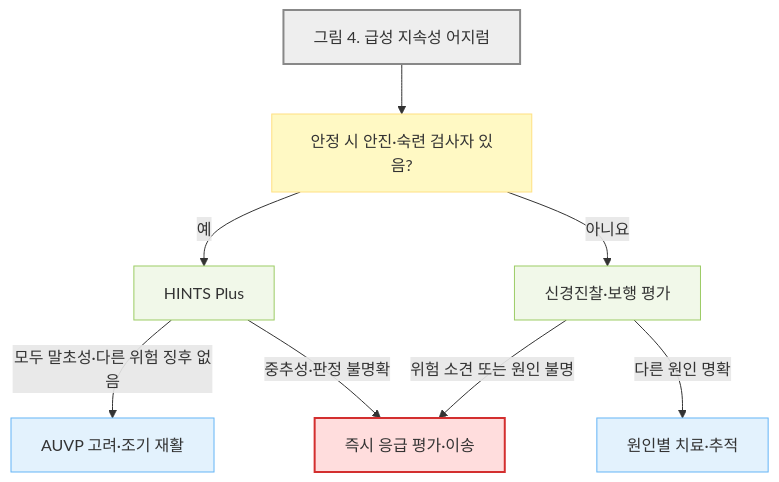
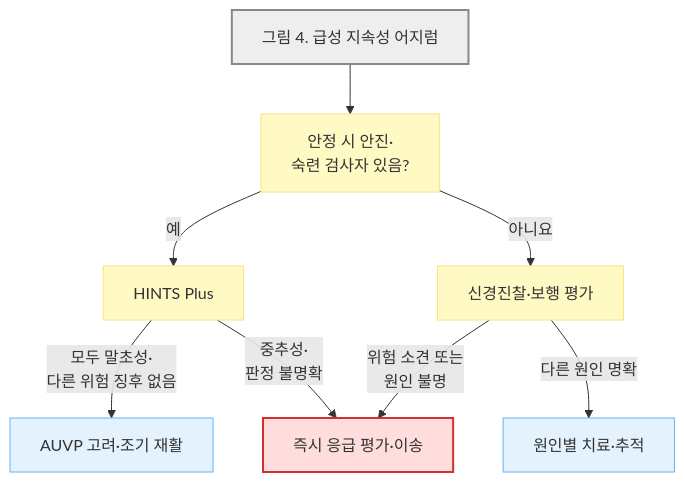
One commit to familyoh77/familyoh77 changed the fourth of 4 diagrams in 221_/020_-dizziness.md. Above: the diagram before and after it, drawn with Mermaid. The commit also changed other lines of this file, not shown here.

````diff
--- a/221_/020_-dizziness.md
+++ b/221_/020_-dizziness.md
@@ -547,21 +553,18 @@
 ```mermaid
 flowchart TD
-    A["그림 4. 급성 지속성 어지럼"] --> E["안정 시 안진·숙련 검사자 있음?"]
+    A["그림 4. 급성 지속성 어지럼"] --> E["안정 시 안진·<br/>숙련 검사자 있음?"]
     E -- "예" --> H["HINTS Plus"]
     E -- "아니요" --> N["신경진찰·보행 평가"]
-    H -- "모두 말초성·다른 위험 징후 없음" --> T["AUVP 고려·조기 재활"]
-    H -- "중추성·판정 불명확" --> U["즉시 응급 평가·이송"]
-    N -- "위험 소견 또는 원인 불명" --> U
+    H -- "모두 말초성·<br/>다른 위험 징후 없음" --> T["AUVP 고려·조기 재활"]
+    H -- "중추성·<br/>판정 불명확" --> U["즉시 응급 평가·이송"]
+    N -- "위험 소견 또는 <br/>원인 불명" --> U
     N -- "다른 원인 명확" --> T2["원인별 치료·추적"]
-
     classDef start fill:#eeeeee,stroke:#888888,stroke-width:2px
-    classDef question fill:#fff9c4,stroke:#ffe082
-    classDef evaluation fill:#f1f8e9,stroke:#9ccc65
     classDef emergency fill:#ffdddd,stroke:#d32f2f,stroke-width:2px
     classDef treatment fill:#e3f2fd,stroke:#64b5f6
     class A start
-    class E question
-    class H,N evaluation
     class U emergency
     class T,T2 treatment
+classDef decision fill:#fff9c4,stroke:#ffe082;
+class E,N,H decision;
 ```
````
